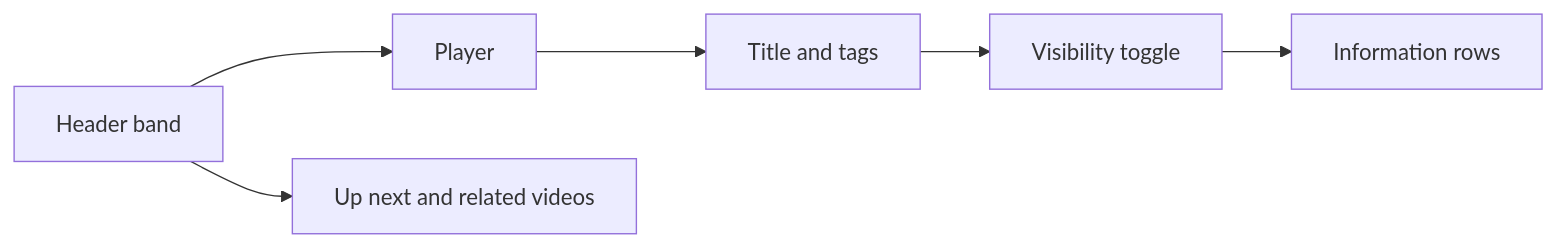
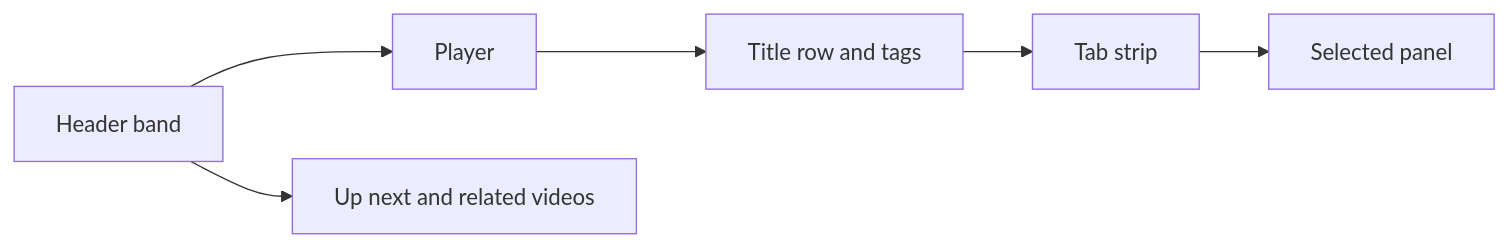
Before and after one commit to syudead/vv: the eighth of 13 diagrams in docs/design-docs/library-ui.md, drawn with Mermaid. The commit also changed other lines of this file and 44 other files, not shown here.

First line of the commit message:
Put the video page's facts behind a tab strip (#1561)

````diff
--- a/docs/design-docs/library-ui.md
+++ b/docs/design-docs/library-ui.md
@@ -624,8 +624,8 @@
 ```mermaid
 flowchart LR
   band[Header band] --> player[Player]
-  player --> title[Title and tags]
-  title --> vis[Visibility toggle]
-  vis --> info[Information rows]
+  player --> title[Title row and tags]
+  title --> strip[Tab strip]
+  strip --> panel[Selected panel]
   band --> related[Up next and related videos]
 ```
````
